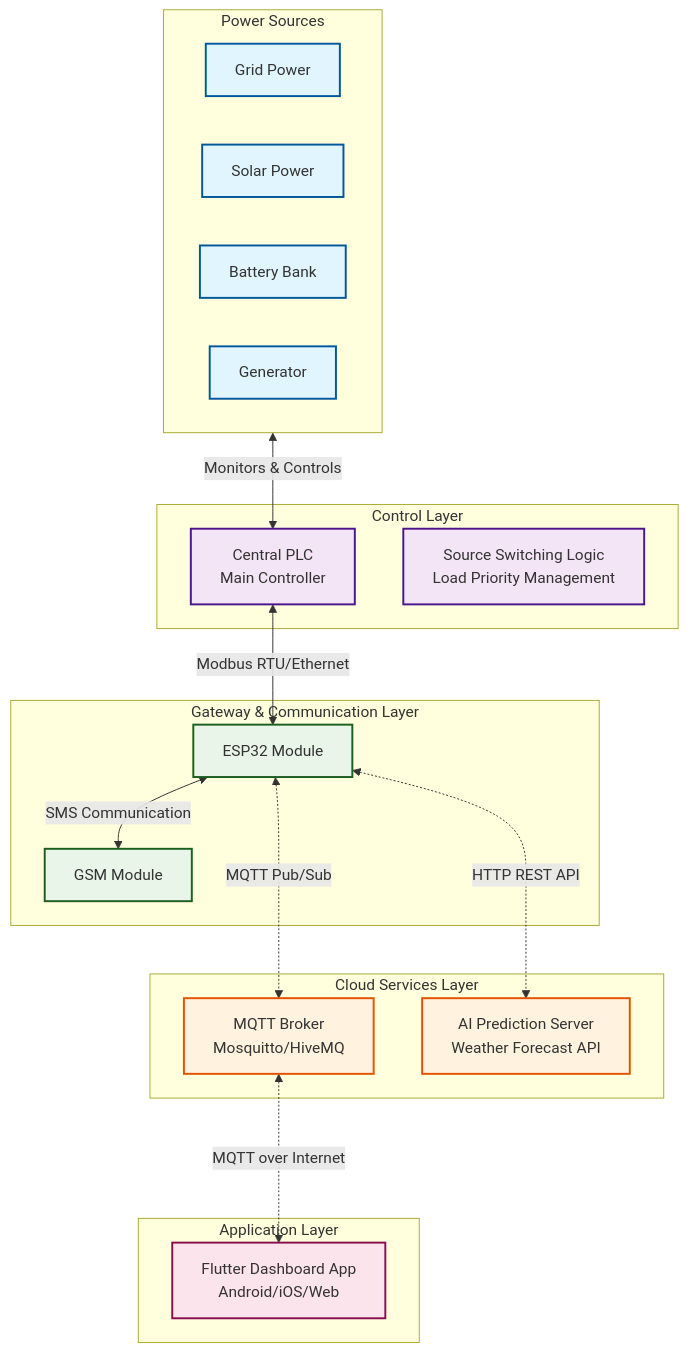
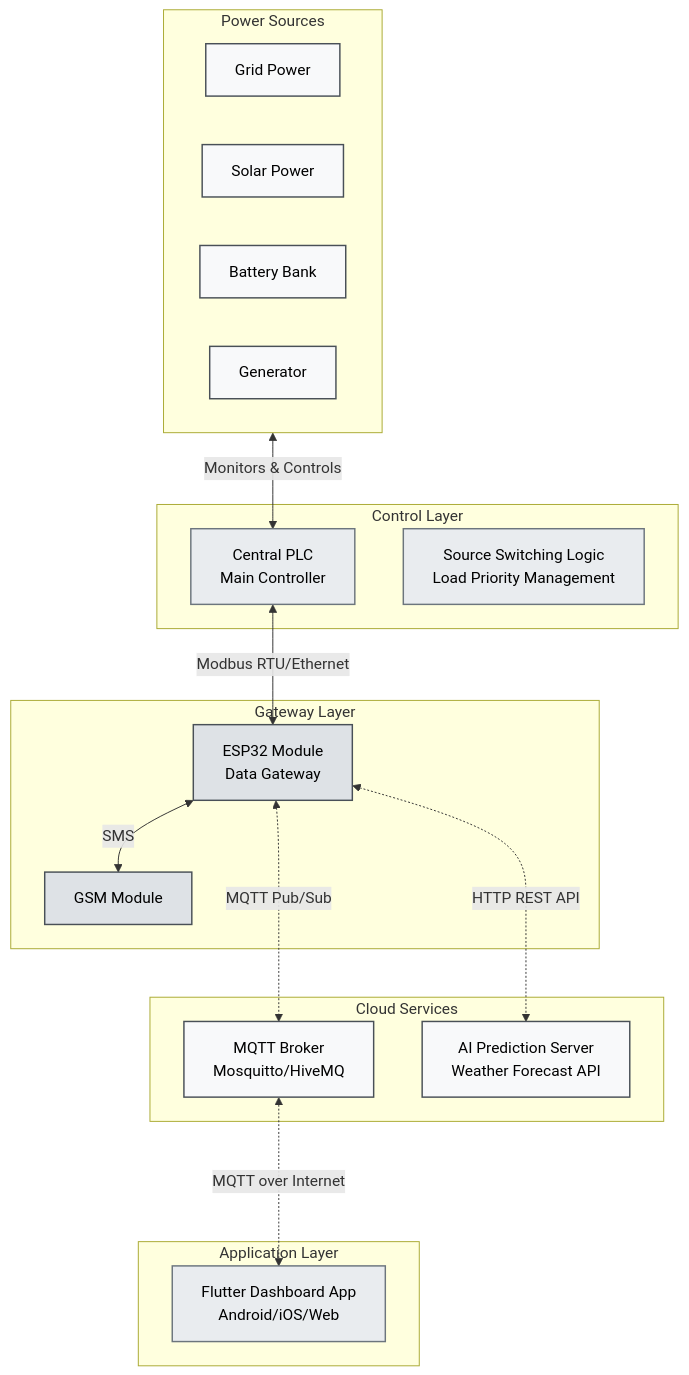
One commit to saikesavvyas/CliniX changed the diagram in README.md. Above: the diagram before and after it, drawn with Mermaid.

````diff
--- a/README.md
+++ b/README.md
@@ -59,49 +59,68 @@
 ```mermaid
 flowchart TD
-    subgraph PowerSources [Power Sources]
-        Grid[Grid Power]
-        Solar[Solar Power]
-        Battery[Battery Bank]
-        Generator[Generator]
-    end
+    %% Define all nodes with icons and styling
+    Grid[Grid Power]
+    Solar[Solar Power]
+    Battery[Battery Bank]
+    Generator[Generator]
 
-    subgraph ControlLayer [Control Layer]
-        PLC[Central PLC<br>Main Controller]
-        PLC_Logic[Source Switching Logic<br>Load Priority Management]
-    end
+    PLC[Central PLC<br>Main Controller]
+    PLC_Logic[Source Switching Logic<br>Load Priority Management]
 
-    subgraph GatewayLayer [Gateway & Communication Layer]
-        ESP32[ESP32 Module]
-        GSM[GSM Module]
-    end
+    ESP32[ESP32 Module<br>Data Gateway]
+    GSM[GSM Module]
 
-    subgraph CloudLayer [Cloud Services Layer]
-        Broker[MQTT Broker<br>Mosquitto/HiveMQ]
-        AI[AI Prediction Server<br>Weather Forecast API]
-    end
+    Broker[MQTT Broker<br>Mosquitto/HiveMQ]
+    AI[AI Prediction Server<br>Weather Forecast API]
 
-    subgraph ApplicationLayer [Application Layer]
-        Flutter[Flutter Dashboard App<br>Android/iOS/Web]
-    end
+    Flutter[Flutter Dashboard App<br>Android/iOS/Web]
 
-    %% Connections
+    %% Define connections with protocol labels
     PowerSources <-->|Monitors & Controls| PLC
     PLC <-->|Modbus RTU/Ethernet| ESP32
-    ESP32 <-->|SMS Communication| GSM
+    ESP32 <-->|SMS| GSM
     ESP32 <-..->|MQTT Pub/Sub| Broker
     ESP32 <-..->|HTTP REST API| AI
     Broker <-..->|MQTT over Internet| Flutter
 
-    %% Styling
-    classDef power fill:#e1f5fe,stroke:#01579b,stroke-width:2px
-    classDef control fill:#f3e5f5,stroke:#4a148c,stroke-width:2px
-    classDef gateway fill:#e8f5e8,stroke:#1b5e20,stroke-width:2px
-    classDef cloud fill:#fff3e0,stroke:#e65100,stroke-width:2px
-    classDef app fill:#fce4ec,stroke:#880e4f,stroke-width:2px
+    %% Group nodes with clean, minimal styling
+    subgraph PowerSources [Power Sources]
+        Grid
+        Solar
+        Battery
+        Generator
+    end
 
-    class Grid,Solar,Battery,Generator power
+    subgraph ControlLayer [Control Layer]
+        PLC
+        PLC_Logic
+    end
+
+    subgraph GatewayLayer [Gateway Layer]
+        ESP32
+        GSM
+    end
+
+    subgraph CloudLayer [Cloud Services]
+        Broker
+        AI
+    end
+
+    subgraph ApplicationLayer [Application Layer]
+        Flutter
+    end
+
+    %% Apply consistent styling
+    classDef source fill:#f8f9fa,stroke:#495057,stroke-width:1.5px,color:#000
+    classDef control fill:#e9ecef,stroke:#6c757d,stroke-width:1.5px,color:#000
+    classDef gateway fill:#dee2e6,stroke:#495057,stroke-width:1.5px,color:#000
+    classDef cloud fill:#f8f9fa,stroke:#495057,stroke-width:1.5px,color:#000
+    classDef app fill:#e9ecef,stroke:#6c757d,stroke-width:1.5px,color:#000
+    classDef protocol fill:#ffffff,stroke:#adb5bd,stroke-width:1px,color:#495057
+
+    class Grid,Solar,Battery,Generator source
     class PLC,PLC_Logic control
     class ESP32,GSM gateway
     class Broker,AI cloud
     class Flutter app
 ```
````
